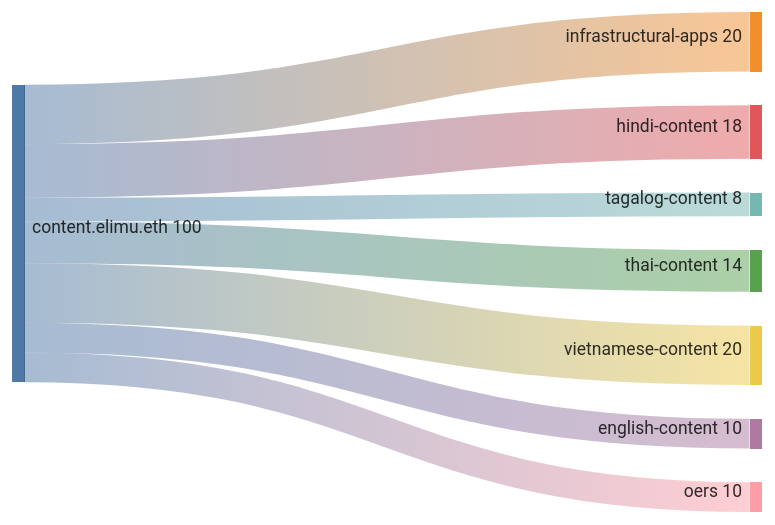
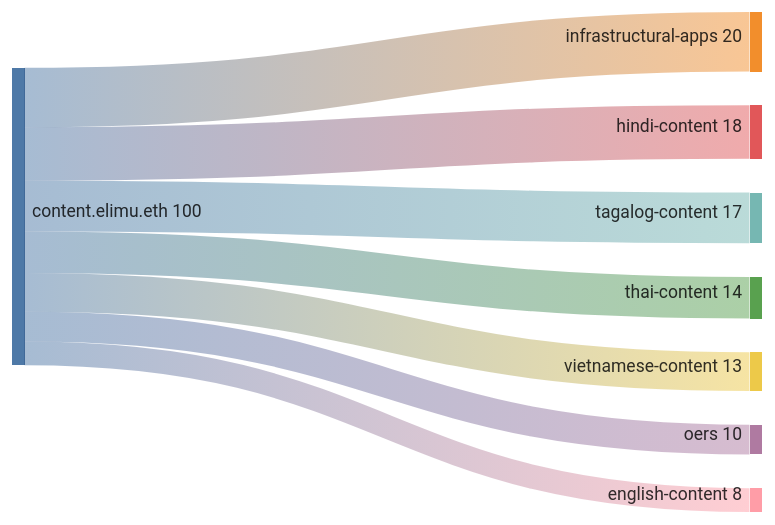
The first of 3 diagrams in DRIP_LIST_FUNDING_SPLITS.md (elimu-ai/web3-wiki), drawn with Mermaid before and after one commit.

````diff
--- a/DRIP_LIST_FUNDING_SPLITS.md
+++ b/DRIP_LIST_FUNDING_SPLITS.md
@@ -22,12 +22,12 @@
 ```mermaid
 sankey-beta
 
 %% source,target,value
 content.elimu.eth,infrastructural-apps,20
 content.elimu.eth,hindi-content,18
-content.elimu.eth,tagalog-content,8
+content.elimu.eth,tagalog-content,17
 content.elimu.eth,thai-content,14
-content.elimu.eth,vietnamese-content,20
-content.elimu.eth,english-content,10
+content.elimu.eth,vietnamese-content,13
 content.elimu.eth,oers,10
+content.elimu.eth,english-content,8
 ```
````
